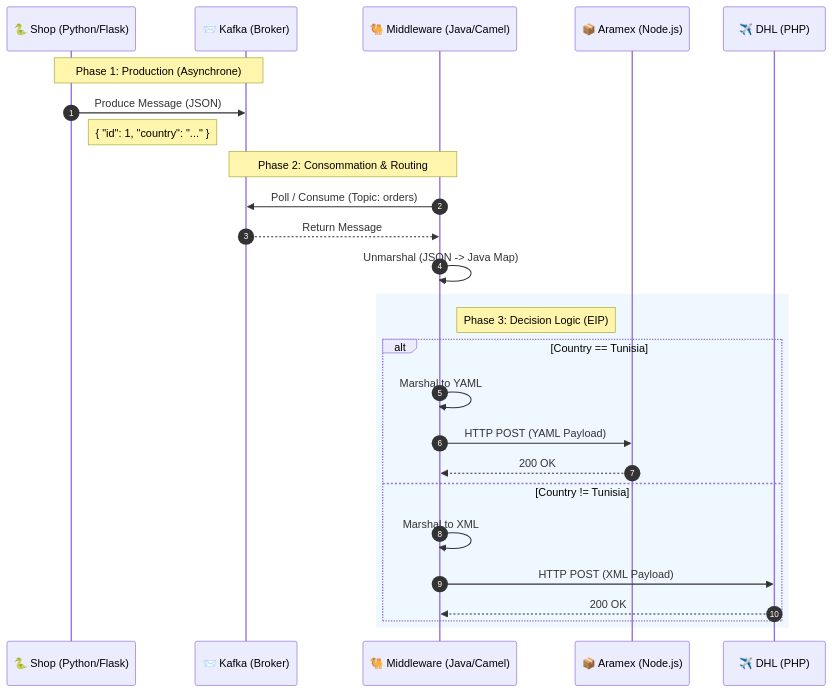
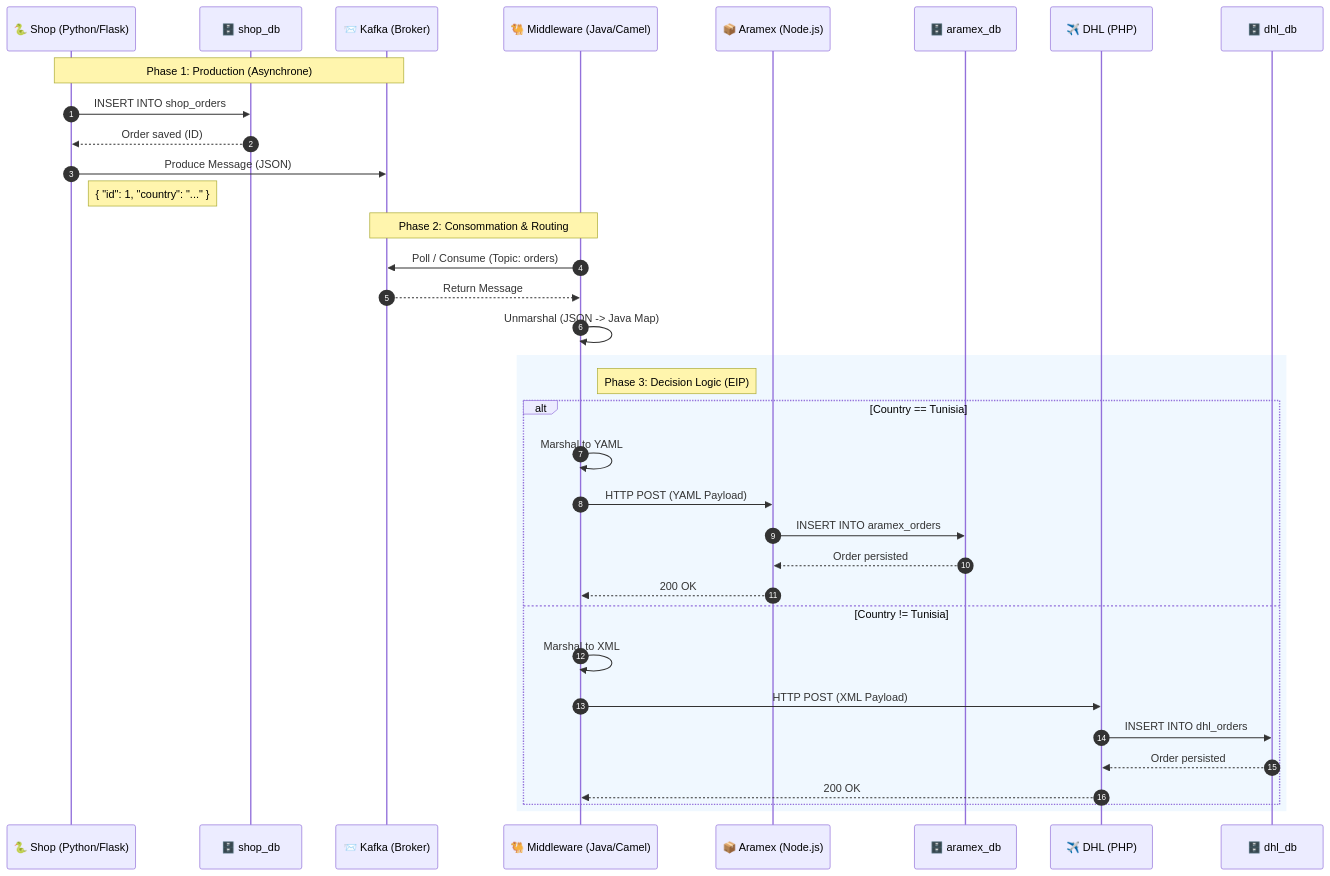
Before and after one commit to oussemabouchoucha/Kafka-Camel-Integration-Demo: the second of 2 diagrams in RapportTechnique.md, drawn with Mermaid. The commit also changed other lines of this file, not shown here.

Commit message:
docs: Update technical report diagrams with database architecture
- Update architecture schema to show separate databases (shop_db, aramex_db, dhl_db)
- Add database persistence operations to sequence diagram
- Show complete data flow including INSERT operations for each service
- Visualize database isolation per microservice in mermaid diagrams

````diff
--- a/RapportTechnique.md
+++ b/RapportTechnique.md
@@ -42,31 +51,40 @@
 ```mermaid
 sequenceDiagram
     autonumber
     participant Shop as 🐍 Shop (Python/Flask)
+    participant ShopDB as 🗄️ shop_db
     participant Kafka as 📨 Kafka (Broker)
     participant Camel as 🐫 Middleware (Java/Camel)
     participant Aramex as 📦 Aramex (Node.js)
+    participant AramexDB as 🗄️ aramex_db
     participant DHL as ✈️ DHL (PHP)
+    participant DHLDB as 🗄️ dhl_db
 
     Note over Shop, Kafka: Phase 1: Production (Asynchrone)
+    Shop->>ShopDB: INSERT INTO shop_orders
+    ShopDB-->>Shop: Order saved (ID)
     Shop->>Kafka: Produce Message (JSON)
     Note right of Shop: { "id": 1, "country": "..." }
 
     Note over Kafka, Camel: Phase 2: Consommation & Routing
     Camel->>Kafka: Poll / Consume (Topic: orders)
     Kafka-->>Camel: Return Message
     Camel->>Camel: Unmarshal (JSON -> Java Map)
     
     rect rgb(240, 248, 255)
         Note right of Camel: Phase 3: Decision Logic (EIP)
         alt Country == Tunisia
             Camel->>Camel: Marshal to YAML
             Camel->>Aramex: HTTP POST (YAML Payload)
+            Aramex->>AramexDB: INSERT INTO aramex_orders
+            AramexDB-->>Aramex: Order persisted
             Aramex-->>Camel: 200 OK
         else Country != Tunisia
             Camel->>Camel: Marshal to XML
             Camel->>DHL: HTTP POST (XML Payload)
+            DHL->>DHLDB: INSERT INTO dhl_orders
+            DHLDB-->>DHL: Order persisted
             DHL-->>Camel: 200 OK
         end
     end
 ```
````
